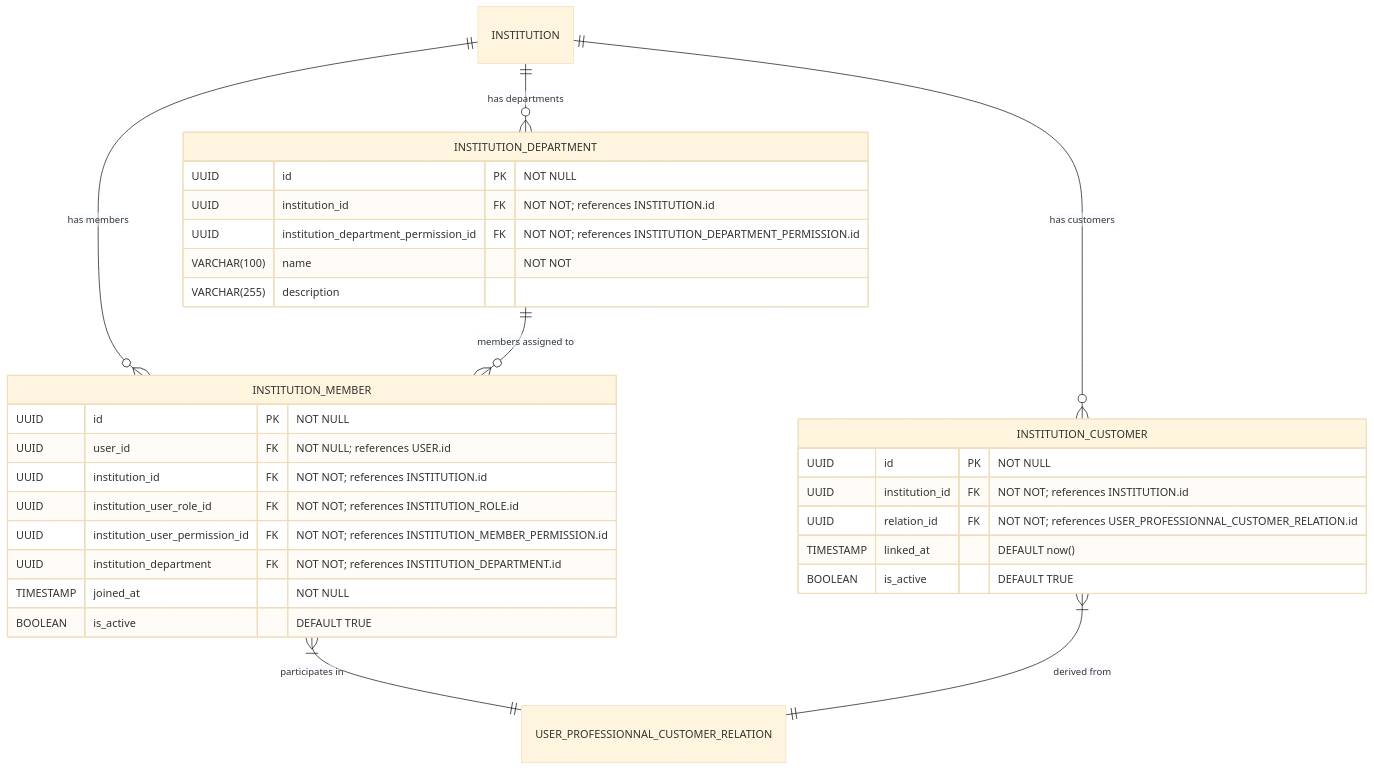
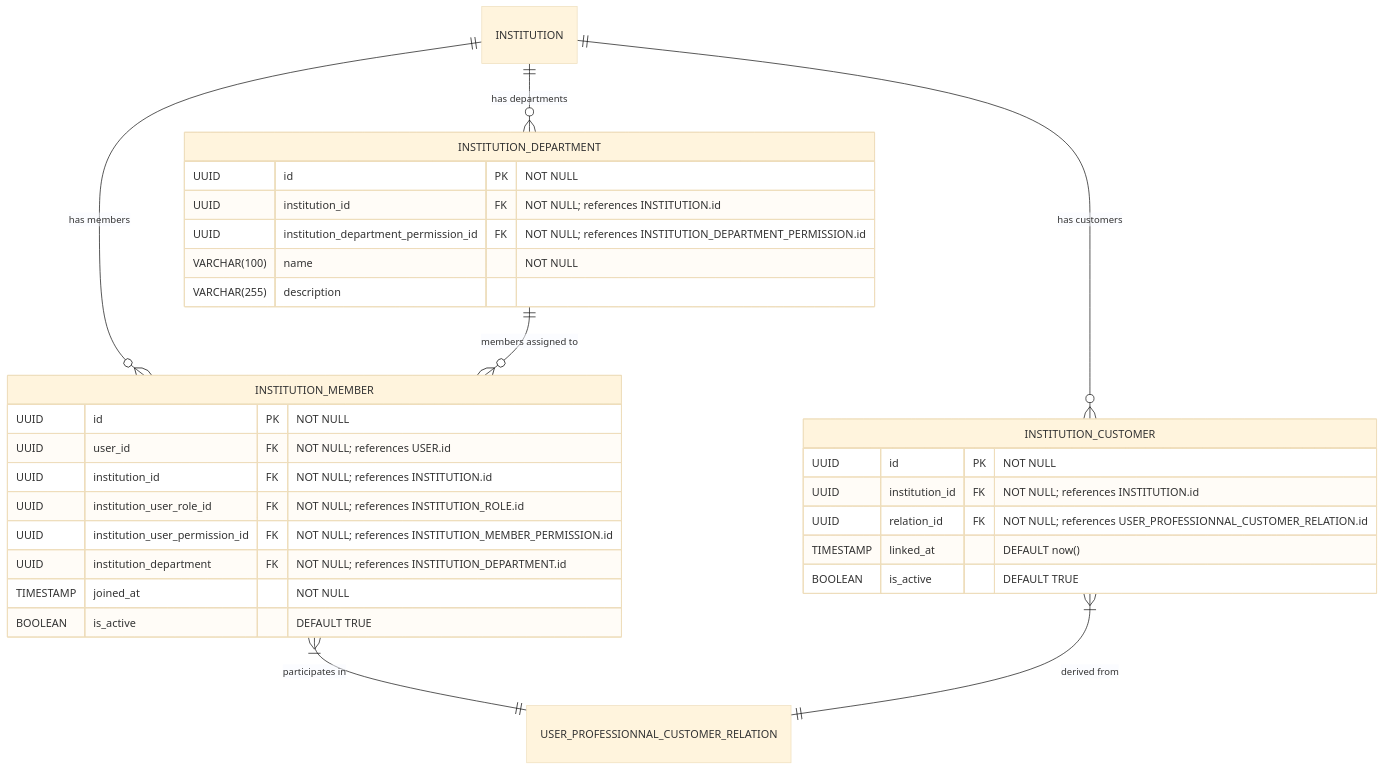
Before and after one commit to Dratharias/Motriforge: the diagram in docs/institution/organizational_structure_members_departments_customers.md, drawn with Mermaid (base theme). The commit also changed 5 other files, not shown here.

````diff
--- a/docs/institution/organizational_structure_members_departments_customers.md
+++ b/docs/institution/organizational_structure_members_departments_customers.md
@@ -8,41 +8,41 @@
 ```mermaid
 erDiagram
   %%=== Layer 2: Organizational Structure ===%%
 
   %%— Members & Roles —
   INSTITUTION_MEMBER {
     UUID id PK                           "NOT NULL"
     UUID user_id FK                      "NOT NULL; references USER.id"
-    UUID institution_id FK               "NOT NOT; references INSTITUTION.id"
-    UUID institution_user_role_id FK     "NOT NOT; references INSTITUTION_ROLE.id"
-    UUID institution_user_permission_id FK "NOT NOT; references INSTITUTION_MEMBER_PERMISSION.id"
-    UUID institution_department FK       "NOT NOT; references INSTITUTION_DEPARTMENT.id"
+    UUID institution_id FK               "NOT NULL; references INSTITUTION.id"
+    UUID institution_user_role_id FK     "NOT NULL; references INSTITUTION_ROLE.id"
+    UUID institution_user_permission_id FK "NOT NULL; references INSTITUTION_MEMBER_PERMISSION.id"
+    UUID institution_department FK       "NOT NULL; references INSTITUTION_DEPARTMENT.id"
     TIMESTAMP joined_at                  "NOT NULL"
     BOOLEAN is_active                    "DEFAULT TRUE"
   }
   
   INSTITUTION_DEPARTMENT {
     UUID id PK                            "NOT NULL"
-    UUID institution_id FK                "NOT NOT; references INSTITUTION.id"
-    UUID institution_department_permission_id FK "NOT NOT; references INSTITUTION_DEPARTMENT_PERMISSION.id"
-    VARCHAR(100) name                     "NOT NOT"
+    UUID institution_id FK                "NOT NULL; references INSTITUTION.id"
+    UUID institution_department_permission_id FK "NOT NULL; references INSTITUTION_DEPARTMENT_PERMISSION.id"
+    VARCHAR(100) name                     "NOT NULL"
     VARCHAR(255) description
   }
 
   INSTITUTION_CUSTOMER {
     UUID id PK                          "NOT NULL"
-    UUID institution_id FK              "NOT NOT; references INSTITUTION.id"
-    UUID relation_id FK                 "NOT NOT; references USER_PROFESSIONNAL_CUSTOMER_RELATION.id"
+    UUID institution_id FK              "NOT NULL; references INSTITUTION.id"
+    UUID relation_id FK                 "NOT NULL; references USER_PROFESSIONNAL_CUSTOMER_RELATION.id"
     TIMESTAMP linked_at                 "DEFAULT now()"
     BOOLEAN is_active                   "DEFAULT TRUE"
   }
 
   %%— Relationships in Layer 2 —
   INSTITUTION ||--o{ INSTITUTION_MEMBER     : "has members"
   INSTITUTION ||--o{ INSTITUTION_DEPARTMENT : "has departments"
   INSTITUTION ||--o{ INSTITUTION_CUSTOMER   : "has customers"
   INSTITUTION_DEPARTMENT ||--o{ INSTITUTION_MEMBER : "members assigned to"
   INSTITUTION_MEMBER }|--|| USER_PROFESSIONNAL_CUSTOMER_RELATION : "participates in"
   INSTITUTION_CUSTOMER }|--|| USER_PROFESSIONNAL_CUSTOMER_RELATION : "derived from"
 
 ```
````
